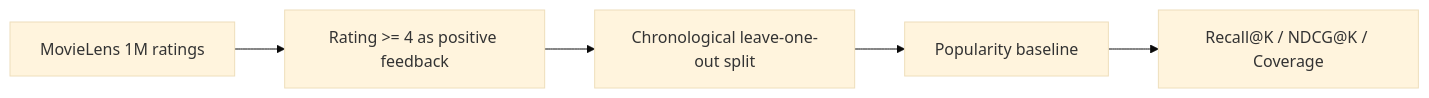
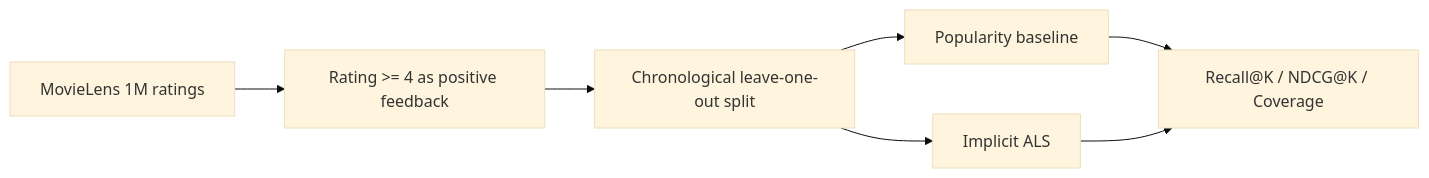
One commit to tfy20030726-spec/movie-recommendation-system changed the diagram in README.md. Above: the diagram before and after it, drawn with Mermaid (base theme). The commit also changed other lines of this file and 7 other files, not shown here.

Commit message:
Add implicit ALS candidate retrieval

````diff
--- a/README.md
+++ b/README.md
@@ -11,7 +11,9 @@
 ```mermaid
 flowchart LR
     A["MovieLens 1M ratings"] --> B["Rating >= 4 as positive feedback"]
     B --> C["Chronological leave-one-out split"]
     C --> D["Popularity baseline"]
-    D --> E["Recall@K / NDCG@K / Coverage"]
+    C --> E["Implicit ALS"]
+    D --> F["Recall@K / NDCG@K / Coverage"]
+    E --> F
 ```
````
